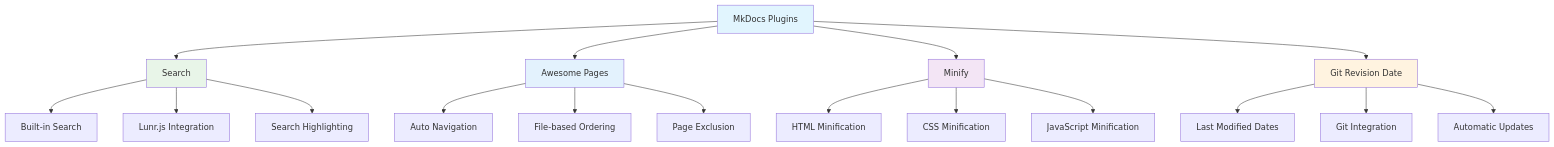
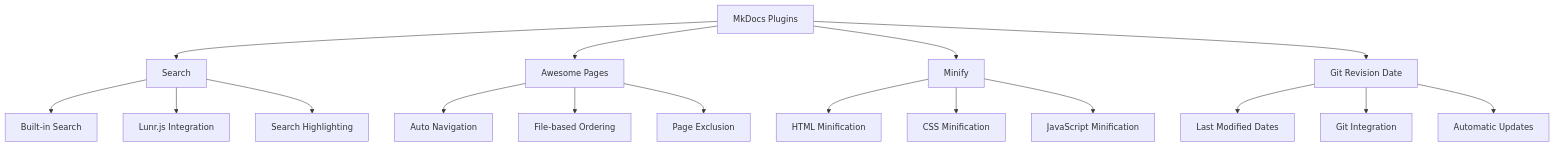
Diagram 12 of 14 in 00_python_colab/18_docstrings_mkdocs/readme.md (sayyamsheikh42/Python-Learning-Material), drawn with Mermaid before and after one commit. The commit also changed other lines of this file, not shown here.

````diff
--- a/00_python_colab/18_docstrings_mkdocs/readme.md
+++ b/00_python_colab/18_docstrings_mkdocs/readme.md
@@ -1784,29 +1721,23 @@
 ```mermaid
 graph TD
-    A["MkDocs Plugins"] --> B["Search"]
-    A --> C["Awesome Pages"]
-    A --> D["Minify"]
-    A --> E["Git Revision Date"]
+    A[MkDocs Plugins] --> B[Search]
+    A --> C[Awesome Pages]
+    A --> D[Minify]
+    A --> E[Git Revision Date]
     
-    B --> B1["Built-in Search"]
-    B --> B2["Lunr.js Integration"]
-    B --> B3["Search Highlighting"]
+    B --> B1[Built-in Search]
+    B --> B2[Lunr.js Integration]
+    B --> B3[Search Highlighting]
     
-    C --> C1["Auto Navigation"]
-    C --> C2["File-based Ordering"]
-    C --> C3["Page Exclusion"]
+    C --> C1[Auto Navigation]
+    C --> C2[File-based Ordering]
+    C --> C3[Page Exclusion]
     
-    D --> D1["HTML Minification"]
-    D --> D2["CSS Minification"]
-    D --> D3["JavaScript Minification"]
+    D --> D1[HTML Minification]
+    D --> D2[CSS Minification]
+    D --> D3[JavaScript Minification]
     
-    E --> E1["Last Modified Dates"]
-    E --> E2["Git Integration"]
-    E --> E3["Automatic Updates"]
-    
-    style A fill:#e1f5fe
-    style B fill:#e8f5e8
-    style C fill:#e3f2fd
-    style D fill:#f3e5f5
-    style E fill:#fff3e0
+    E --> E1[Last Modified Dates]
+    E --> E2[Git Integration]
+    E --> E3[Automatic Updates]
 ```
````
